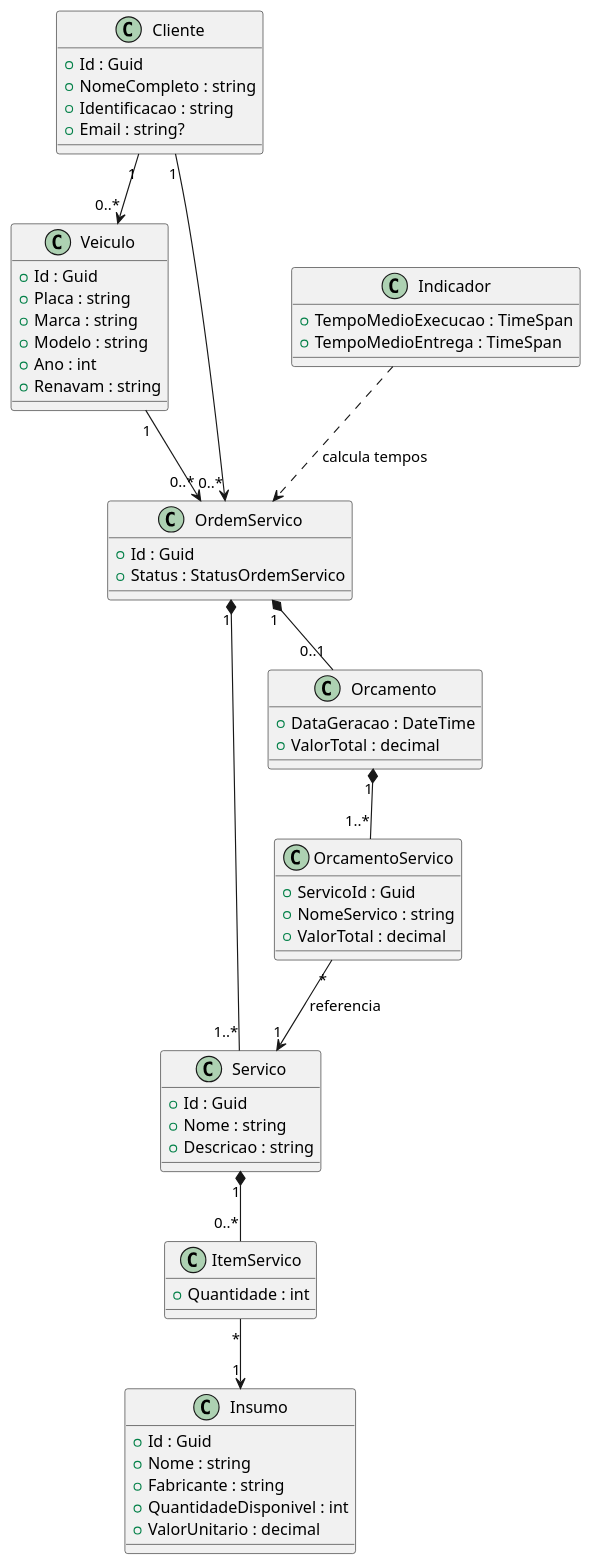
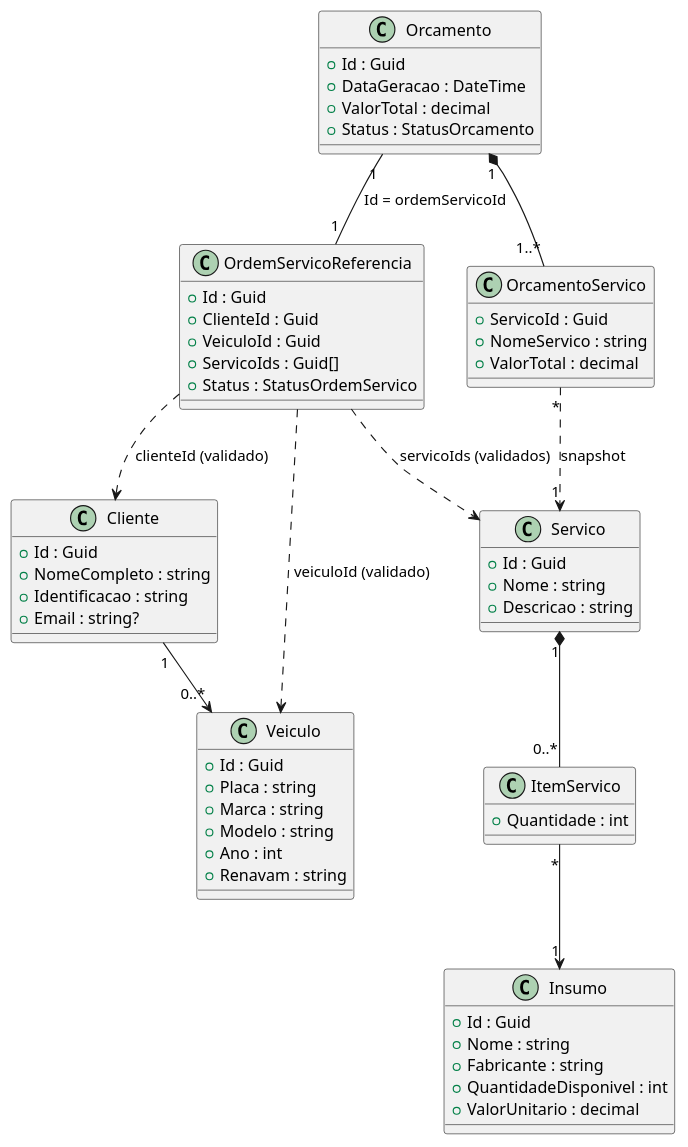
One commit to GuiToniello/tech-challenge-fase-4-MANAGEMENT-soat16-rm374658 changed the diagram in docs/diagram/domain-model.puml. Above: the diagram before and after it, drawn with PlantUML. The commit also changed 208 other files, not shown here.

```diff
--- a/docs/diagram/domain-model.puml
+++ b/docs/diagram/domain-model.puml
@@ -1,72 +1,73 @@
 @startuml
+' Modelo de dominio da Management API (fase 4).
+' A ordem de servico em si vive no OS Service (outro repositorio, banco proprio). Aqui fica so a
+' referencia minima dela (OrdemServicoReferencia), alimentada por eventos do SQS (ADR-019 e ADR-020).
 
 class Cliente {
 	+Id : Guid
 	+NomeCompleto : string
 	+Identificacao : string
 	+Email : string?
 }
 
 class Veiculo {
 	+Id : Guid
 	+Placa : string
 	+Marca : string
 	+Modelo : string
 	+Ano : int
 	+Renavam : string
 }
 
 class Insumo {
 	+Id : Guid
 	+Nome : string
 	+Fabricante : string
 	+QuantidadeDisponivel : int
 	+ValorUnitario : decimal
 }
 
 class Servico {
 	+Id : Guid
 	+Nome : string
 	+Descricao : string
 }
 
 class ItemServico {
 	+Quantidade : int
 }
 
-class OrdemServico {
+class OrdemServicoReferencia {
 	+Id : Guid
+	+ClienteId : Guid
+	+VeiculoId : Guid
+	+ServicoIds : Guid[]
 	+Status : StatusOrdemServico
 }
 
 class Orcamento {
+	+Id : Guid
 	+DataGeracao : DateTime
 	+ValorTotal : decimal
+	+Status : StatusOrcamento
 }
 
 class OrcamentoServico {
 	+ServicoId : Guid
 	+NomeServico : string
 	+ValorTotal : decimal
 }
 
-class Indicador {
-	+TempoMedioExecucao : TimeSpan
-	+TempoMedioEntrega : TimeSpan
-}
-
 Cliente "1" --> "0..*" Veiculo
-Cliente "1" --> "0..*" OrdemServico
-Veiculo "1" --> "0..*" OrdemServico
-
-OrdemServico "1" *-- "1..*" Servico
 Servico "1" *-- "0..*" ItemServico
 ItemServico "*" --> "1" Insumo
 
-OrdemServico "1" *-- "0..1" Orcamento
+OrdemServicoReferencia ..> Cliente : clienteId (validado)
+OrdemServicoReferencia ..> Veiculo : veiculoId (validado)
+OrdemServicoReferencia ..> Servico : servicoIds (validados)
+
+Orcamento "1" -- "1" OrdemServicoReferencia : Id = ordemServicoId
 Orcamento "1" *-- "1..*" OrcamentoServico
-OrcamentoServico "*" --> "1" Servico : referencia
-
-Indicador ..> OrdemServico : calcula tempos
+OrcamentoServico "*" ..> "1" Servico : snapshot
 
 @enduml
```
